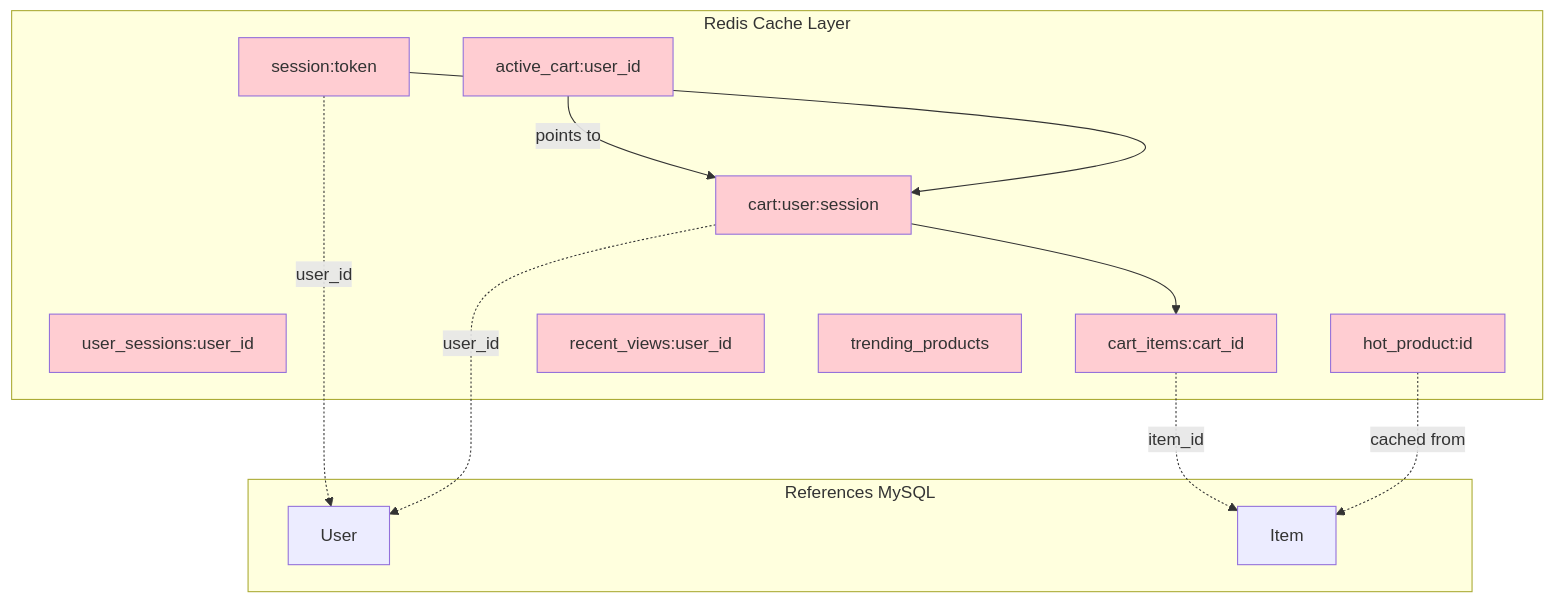
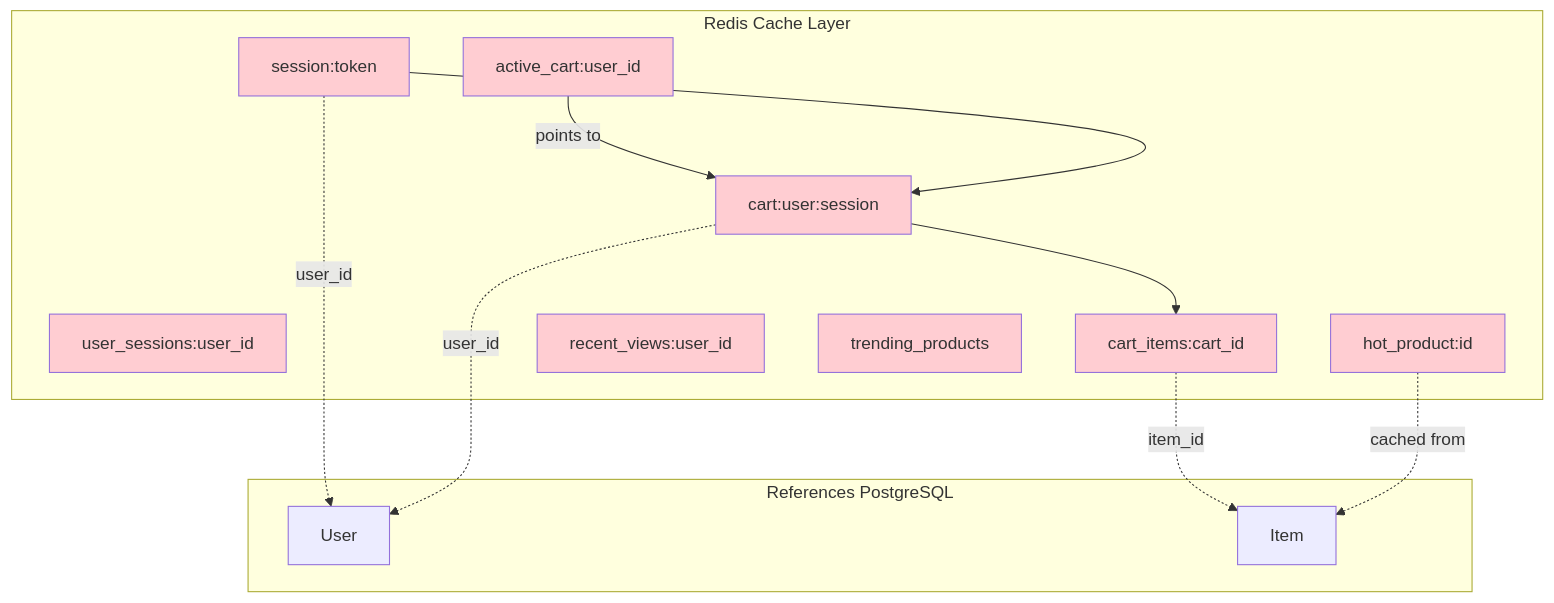
One commit to BobaFettyW4p/DatabasesFinalProject changed the diagram in Diagrams/separate_diagrams_4.0.0/redis.md. Above: the diagram before and after it, drawn with Mermaid. The commit also changed 12 other files, not shown here.

````diff
--- a/Diagrams/separate_diagrams_4.0.0/redis.md
+++ b/Diagrams/separate_diagrams_4.0.0/redis.md
@@ -3,36 +3,36 @@
 ```mermaid
 graph TB
     subgraph "Redis Cache Layer"
         S[session:token]
         US[user_sessions:user_id]
         C[cart:user:session]
         CI[cart_items:cart_id]
         AC[active_cart:user_id]
         HP[hot_product:id]
         RV[recent_views:user_id]
         TP[trending_products]
     end
     
-    subgraph "References MySQL"
+    subgraph "References PostgreSQL"
         M_User2[User]
         M_Item2[Item]
     end
     
     S -.user_id.-> M_User2
     C -.user_id.-> M_User2
     CI -.item_id.-> M_Item2
     AC -->|points to| C
     HP -.cached from.-> M_Item2
     
     C --> CI
     S --> C
     
     style S fill:#ffcdd2
     style US fill:#ffcdd2
     style C fill:#ffcdd2
     style CI fill:#ffcdd2
     style AC fill:#ffcdd2
     style HP fill:#ffcdd2
     style RV fill:#ffcdd2
     style TP fill:#ffcdd2
 ```
````
